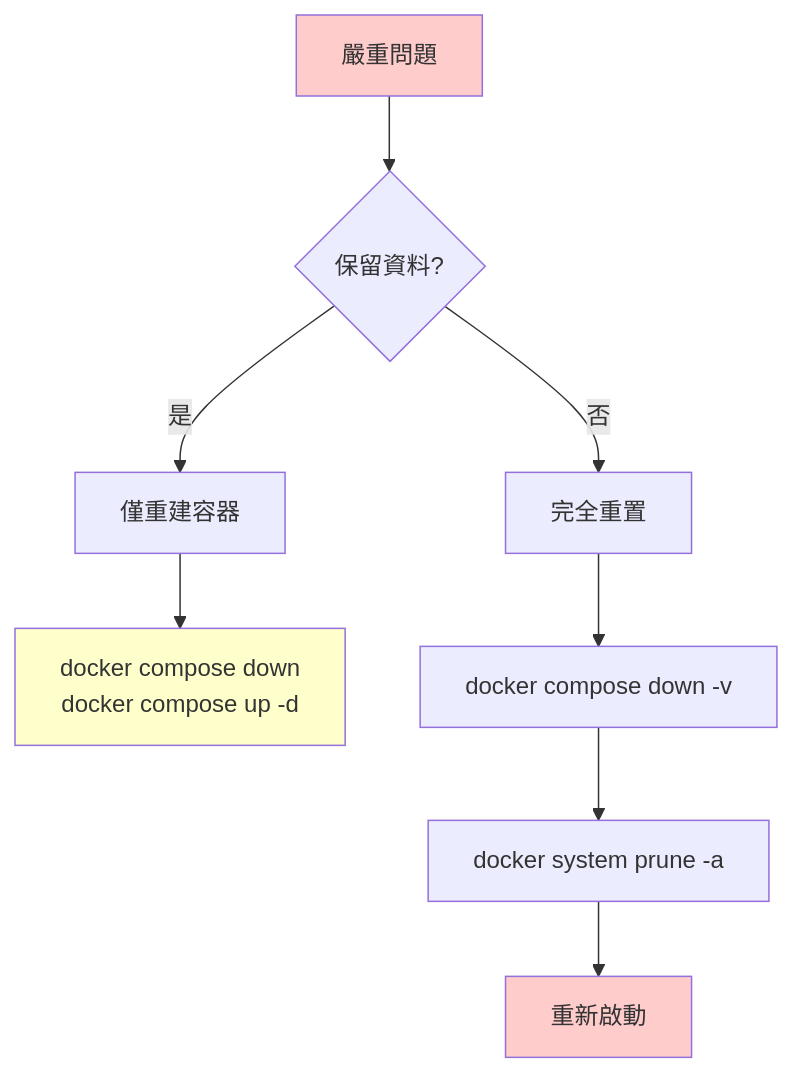
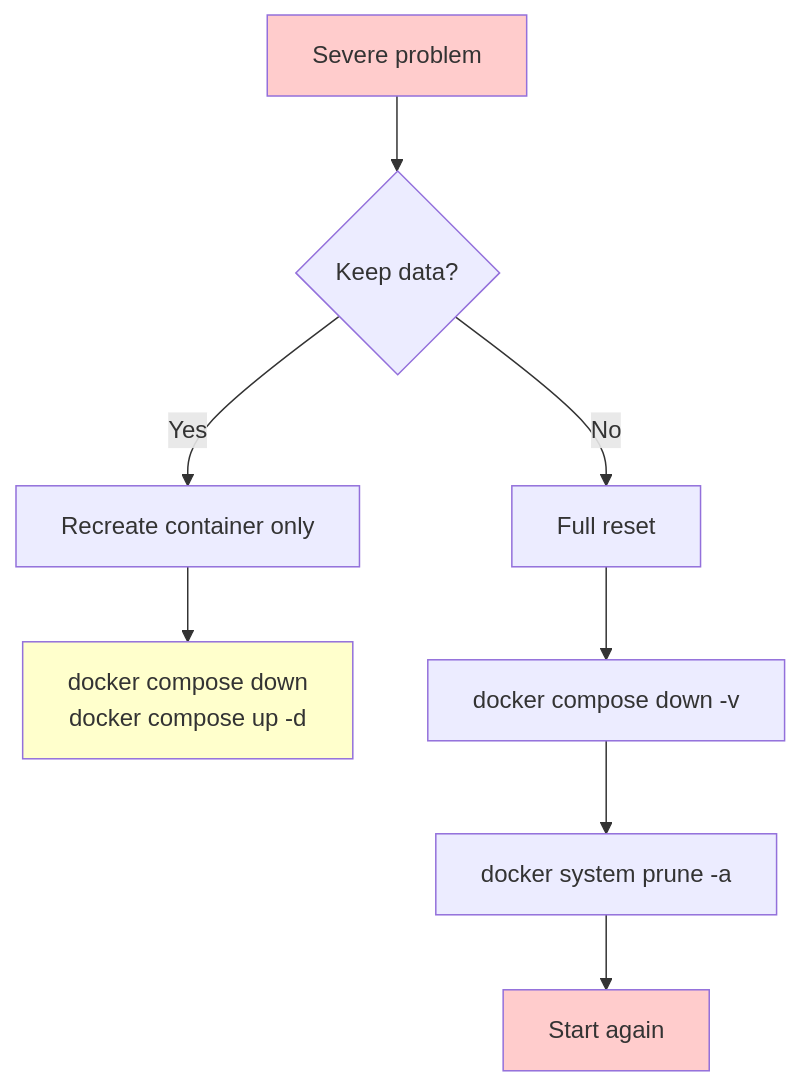
Before and after one commit to tryweb/ai-engkit: the ninth of 9 diagrams in docs/TROUBLESHOOTING.md, drawn with Mermaid. The commit also changed other lines of this file and 14 other files, not shown here.

````diff
--- a/docs/TROUBLESHOOTING.md
+++ b/docs/TROUBLESHOOTING.md
@@ -542,17 +538,17 @@
 ```mermaid
 flowchart TD
-    A["嚴重問題"] --> B{"保留資料?"}
-    
-    B -->|"是"| C["僅重建容器"]
-    B -->|"否"| D["完全重置"]
-    
+    A["Severe problem"] --> B{"Keep data?"}
+
+    B -->|"Yes"| C["Recreate container only"]
+    B -->|"No"| D["Full reset"]
+
     C --> E["docker compose down<br/>docker compose up -d"]
-    
+
     D --> F["docker compose down -v"]
     F --> G["docker system prune -a"]
-    G --> H["重新啟動"]
-    
+    G --> H["Start again"]
+
     style A fill:#ffcccc
     style E fill:#ffffcc
     style H fill:#ffcccc
 ```
````
